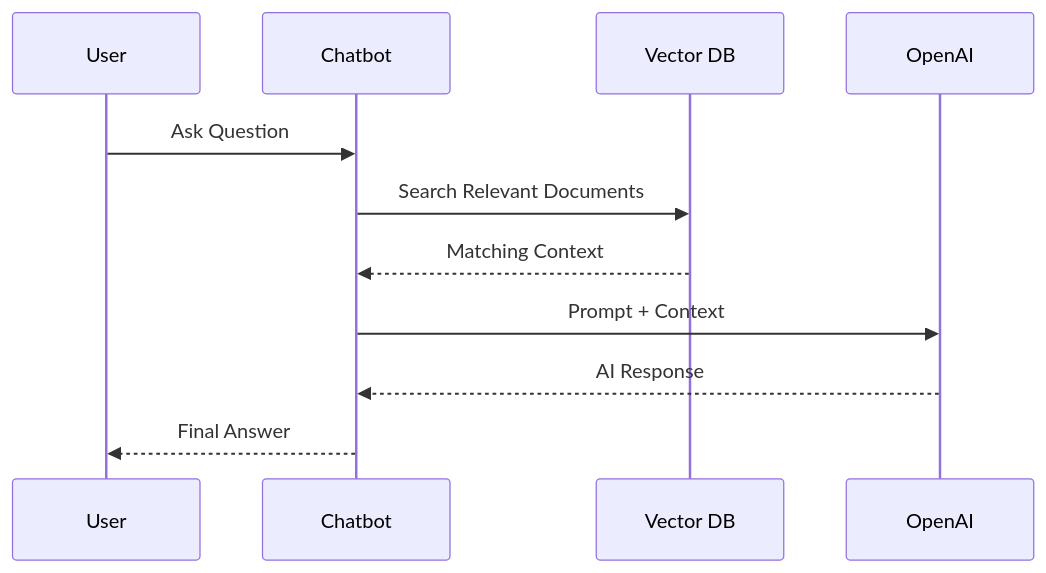
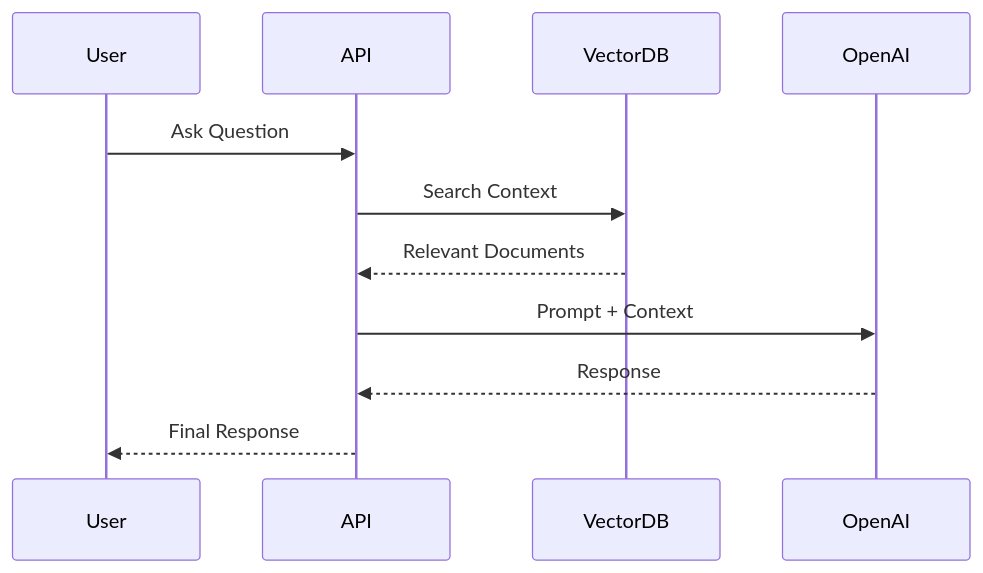
The second of 2 diagrams in README.md (mohammadadil-dev/financial-assistant-api), drawn with Mermaid before and after one commit. The commit also changed other lines of this file, not shown here.

````diff
--- a/README.md
+++ b/README.md
@@ -61,15 +54,15 @@
 ```mermaid
 sequenceDiagram
 
-User->>Chatbot: Ask Question
+User->>API: Ask Question
 
-Chatbot->>Vector DB: Search Relevant Documents
+API->>VectorDB: Search Context
 
-Vector DB-->>Chatbot: Matching Context
+VectorDB-->>API: Relevant Documents
 
-Chatbot->>OpenAI: Prompt + Context
+API->>OpenAI: Prompt + Context
 
-OpenAI-->>Chatbot: AI Response
+OpenAI-->>API: Response
 
-Chatbot-->>User: Final Answer
+API-->>User: Final Response
 ```
````
